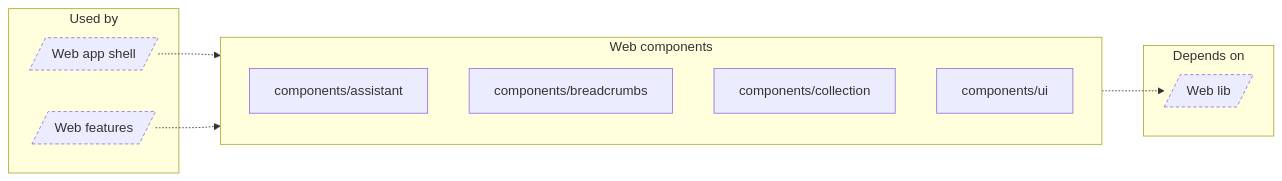
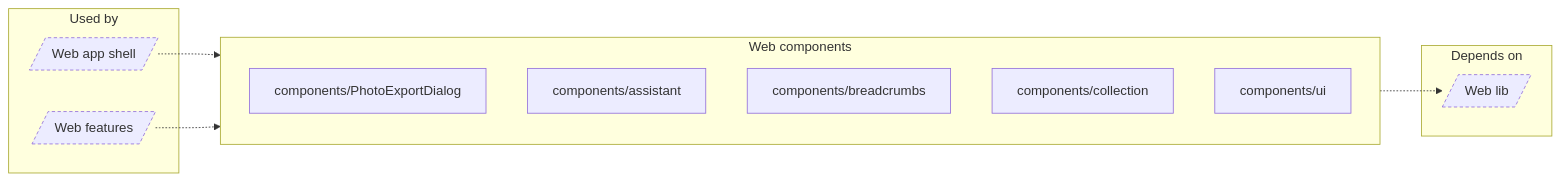
The diagram in docs/atlas/generated/architecture/group-web-components.md (EdwinZhanCN/Lumilio-Photos), drawn with Mermaid before and after one commit. The commit also changed other lines of this file and 3 other files, not shown here.

First line of the commit message:
chore(atlas): regenerate the module catalog for the export dialog merged from main

````diff
--- a/docs/atlas/generated/architecture/group-web-components.md
+++ b/docs/atlas/generated/architecture/group-web-components.md
@@ -9,21 +9,22 @@
 ```mermaid
 flowchart LR
     subgraph n_g_Used_by["Used by"]
         n_in_web_app[/"Web app shell"/]
         n_in_web_features[/"Web features"/]
     end
     subgraph n_g_Web_components["Web components"]
+        n_web_src_components_PhotoExportDialog["components/PhotoExportDialog"]
         n_web_src_components_assistant["components/assistant"]
         n_web_src_components_breadcrumbs["components/breadcrumbs"]
         n_web_src_components_collection["components/collection"]
         n_web_src_components_ui["components/ui"]
     end
     subgraph n_g_Depends_on["Depends on"]
         n_out_web_lib[/"Web lib"/]
     end
     n_in_web_app -.-> n_g_Web_components
     n_in_web_features -.-> n_g_Web_components
     n_g_Web_components -.-> n_out_web_lib
     classDef external stroke-dasharray:4 3
     class n_in_web_app,n_in_web_features,n_out_web_lib external
 ```
````
